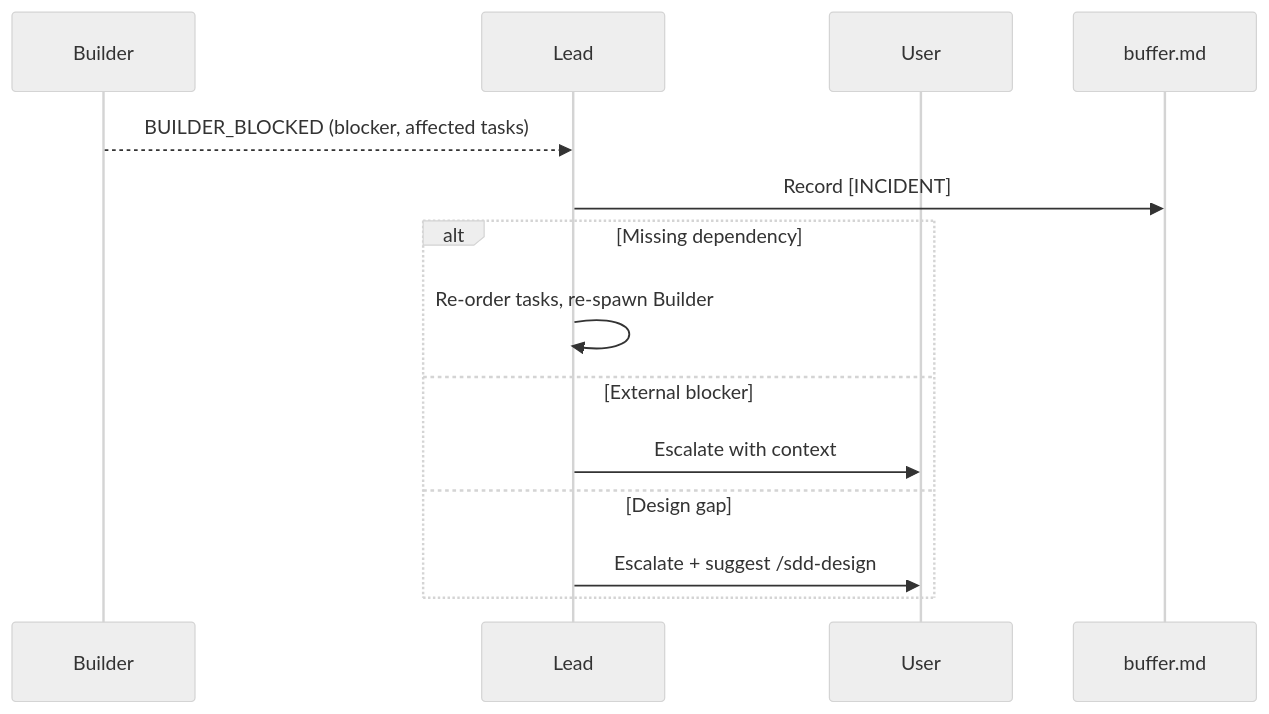
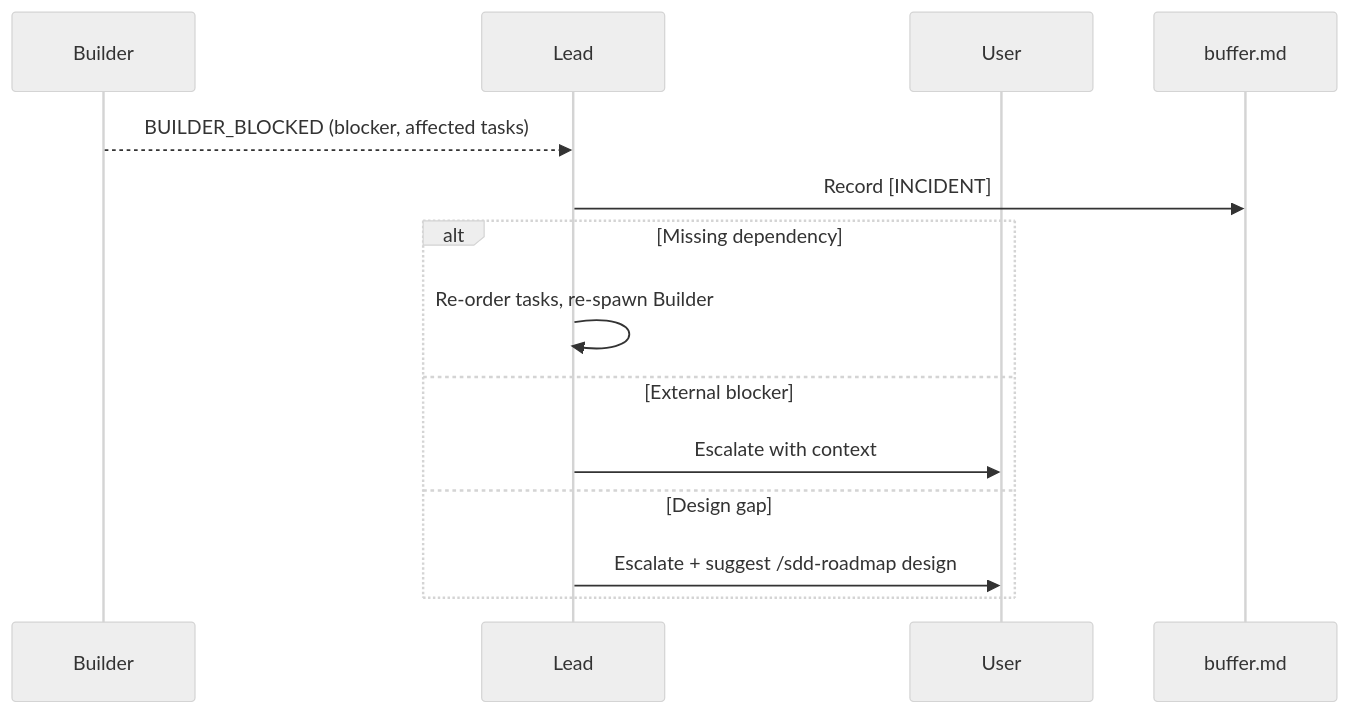
Before and after one commit to sync-dev-org/sync-sdd: the third of 3 diagrams in .claude/sdd/project/specs/tdd-execution/design.md, drawn with Mermaid (neutral theme). The commit also changed other lines of this file and 32 other files, not shown here.

````diff
--- a/.claude/sdd/project/specs/tdd-execution/design.md
+++ b/.claude/sdd/project/specs/tdd-execution/design.md
@@ -201,18 +201,18 @@
 ```mermaid
 sequenceDiagram
     participant B as Builder
     participant L as Lead
     participant U as User
     participant BF as buffer.md
 
     B-->>L: BUILDER_BLOCKED (blocker, affected tasks)
     L->>BF: Record [INCIDENT]
 
     alt Missing dependency
         L->>L: Re-order tasks, re-spawn Builder
     else External blocker
         L->>U: Escalate with context
     else Design gap
-        L->>U: Escalate + suggest /sdd-design
+        L->>U: Escalate + suggest /sdd-roadmap design
     end
 ```
````
